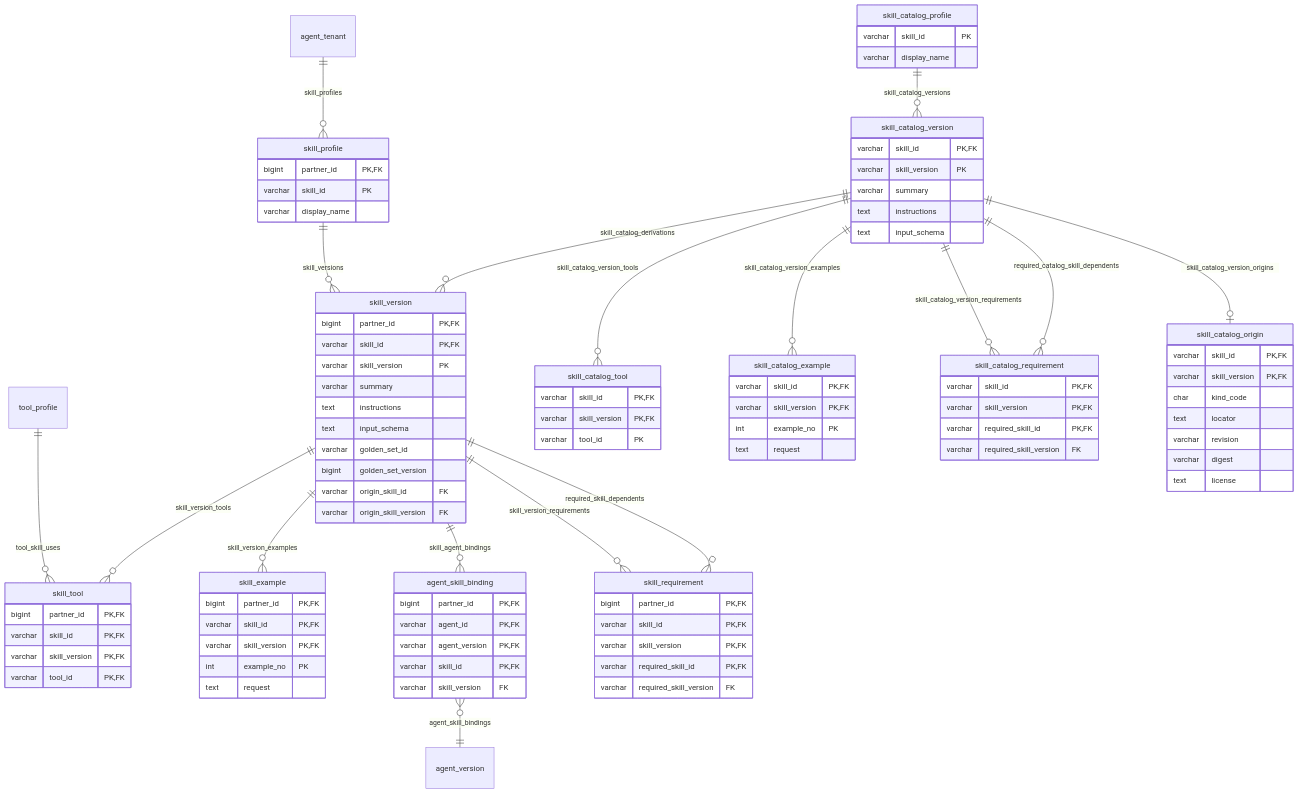
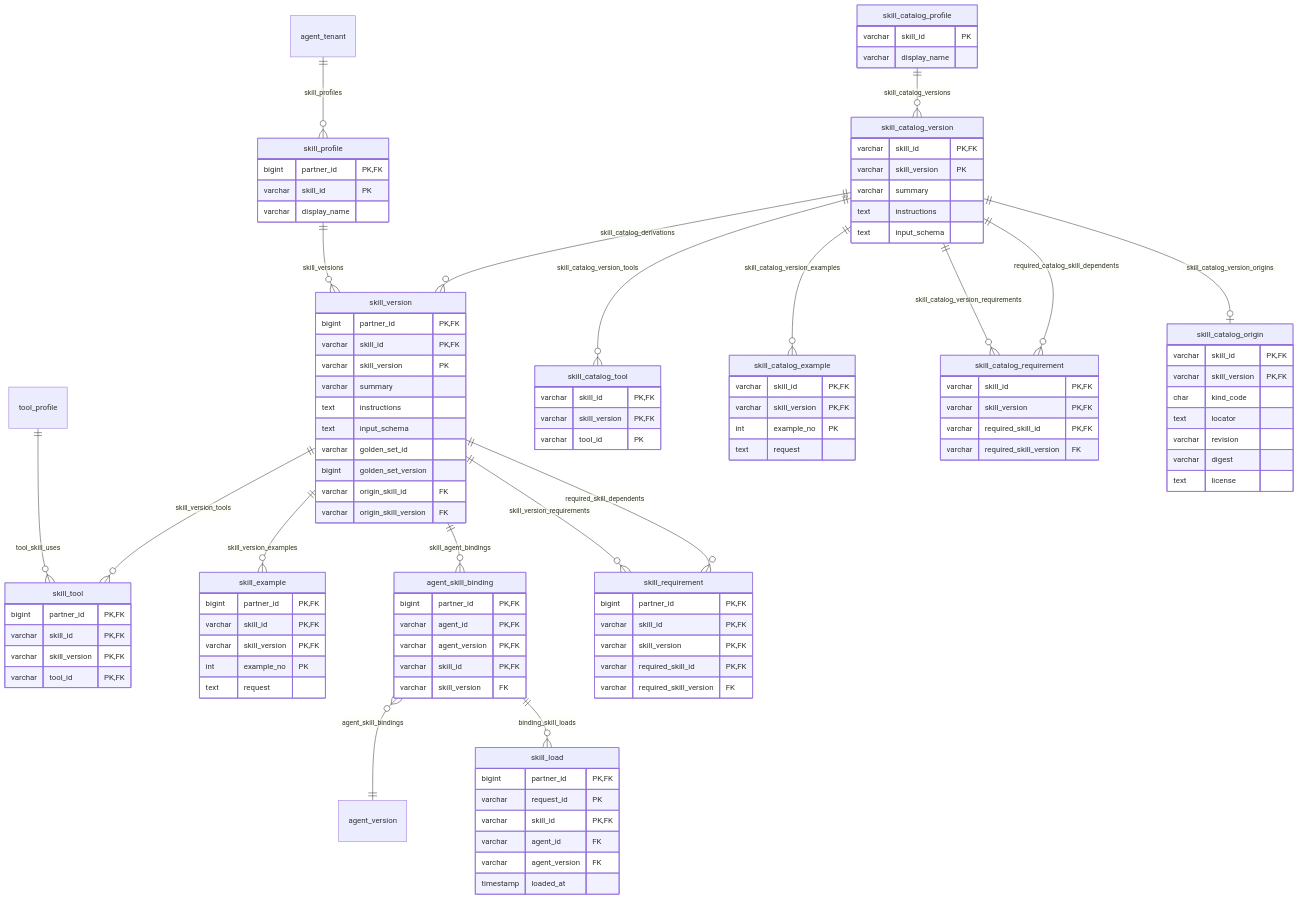
Before and after one commit to nauticana/scout: the fifth of 24 diagrams in doc/database.md, drawn with Mermaid. The commit also changed other lines of this file and 45 other files, not shown here.

Commit message:
Operating mode order, skill profiles before a version, skill-ablated comparison arm, skill load counts

````diff
--- a/doc/database.md
+++ b/doc/database.md
@@ -809,6 +812,7 @@
     skill_version ||--o{ skill_example : skill_version_examples
     skill_version ||--o{ agent_skill_binding : skill_agent_bindings
     agent_skill_binding }o--|| agent_version : agent_skill_bindings
+    agent_skill_binding ||--o{ skill_load : binding_skill_loads
     skill_version ||--o{ skill_requirement : skill_version_requirements
     skill_version ||--o{ skill_requirement : required_skill_dependents
     skill_catalog_profile ||--o{ skill_catalog_version : skill_catalog_versions
@@ -900,4 +904,12 @@
         varchar skill_id PK,FK
         varchar skill_version FK
     }
+    skill_load {
+        bigint partner_id PK,FK
+        varchar request_id PK
+        varchar skill_id PK,FK
+        varchar agent_id FK
+        varchar agent_version FK
+        timestamp loaded_at
+    }
 ```
````
